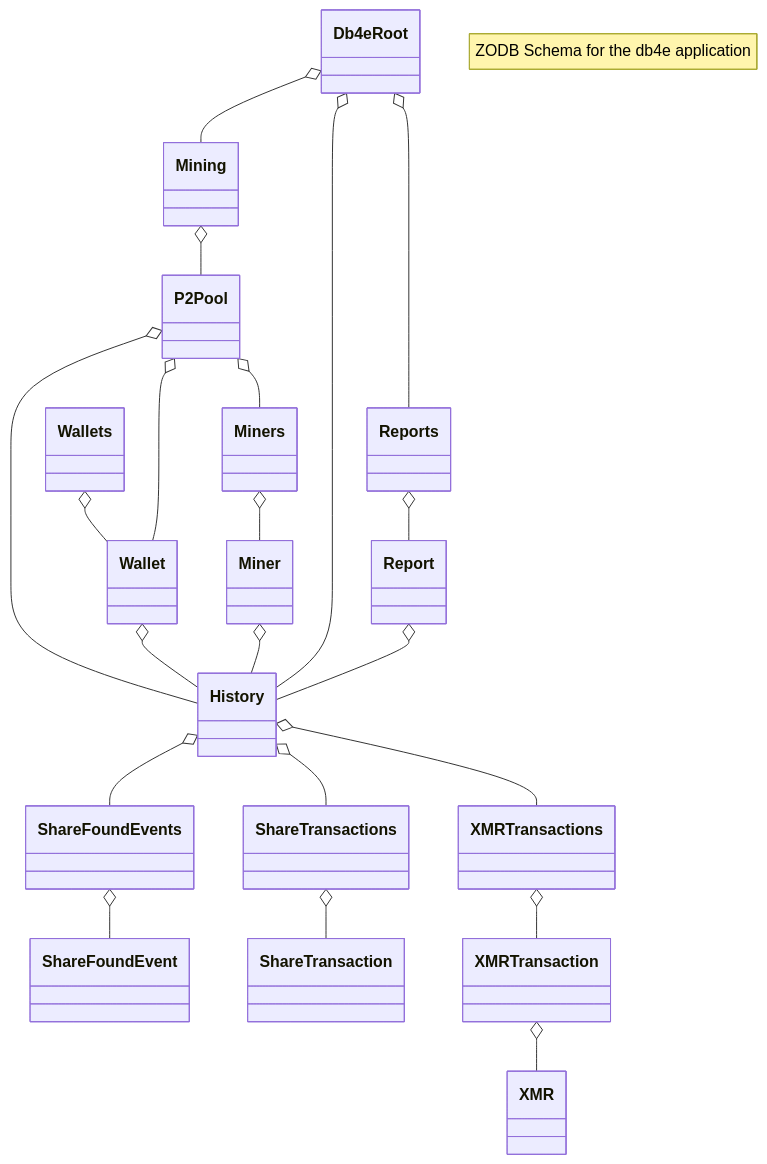
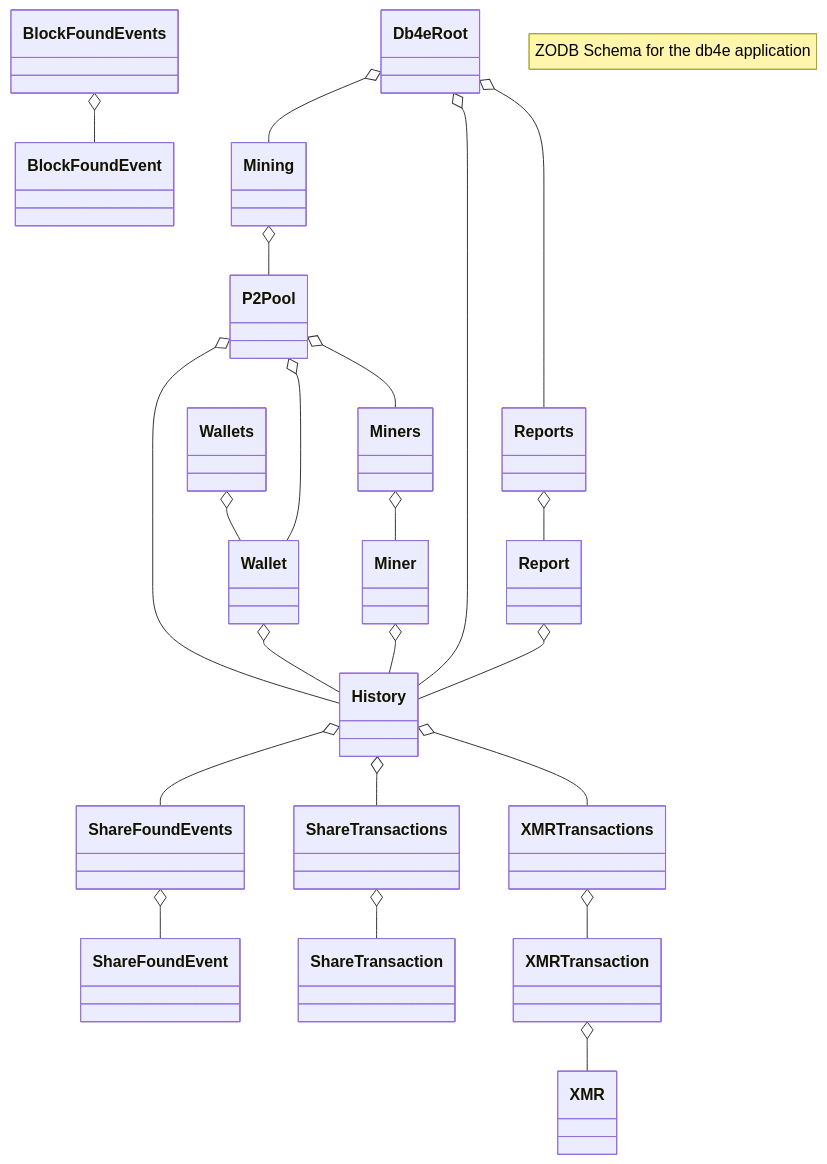
One commit to NadimGhaznavi/myzodb changed the diagram in _posts/2024-06-05-ZODB-Schema.md. Above: the diagram before and after it, drawn with Mermaid.

```diff
--- a/_posts/2024-06-05-ZODB-Schema.md
+++ b/_posts/2024-06-05-ZODB-Schema.md
@@ -12,31 +12,32 @@
 <pre class="mermaid">    
   classDiagram
     note "ZODB Schema for the db4e application"
     Db4eRoot o-- Reports
     Db4eRoot o-- History
     Db4eRoot o-- Mining
     
     Reports o-- Report
     
     Mining o-- P2Pool
 
     Wallets o-- Wallet
 
     P2Pool o-- Miners
     Miners o-- Miner
     P2Pool o-- Wallet
     P2Pool o-- History
         
     Report o-- History
     Wallet o-- History
     Miner o-- History
         
     History o-- XMRTransactions
     History o-- ShareTransactions
     History o-- ShareFoundEvents
     XMRTransactions o-- XMRTransaction
     ShareTransactions o-- ShareTransaction
     ShareFoundEvents o-- ShareFoundEvent
+    BlockFoundEvents o-- BlockFoundEvent
 
     XMRTransaction o-- XMR
     </pre>
```
